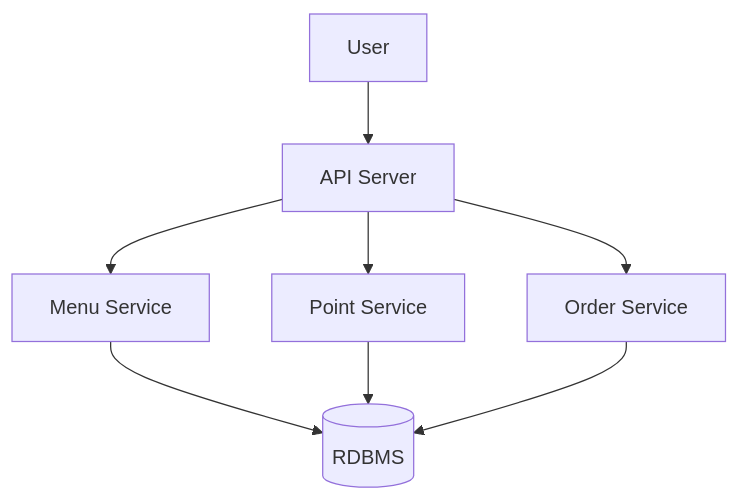
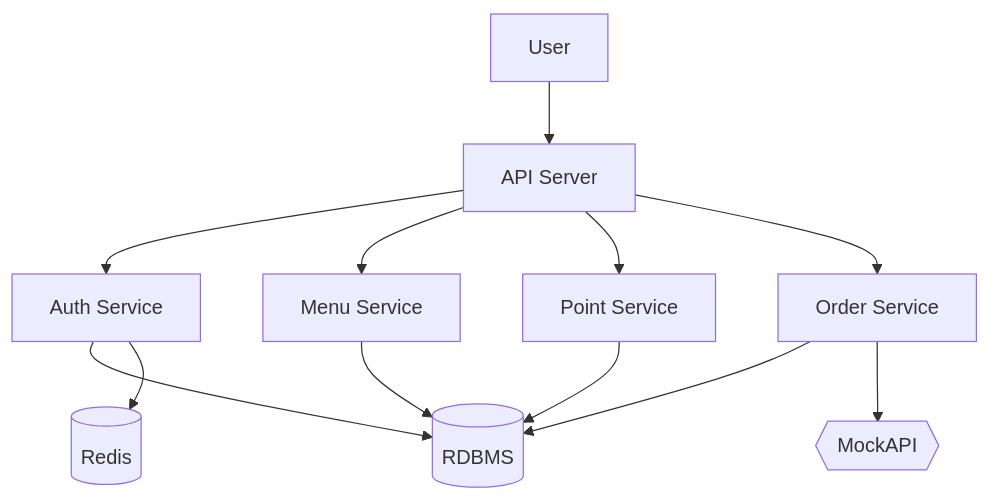
The first of 2 diagrams in docs/tech-spec.md (seho0808/nestjs-coffee-order), drawn with Mermaid before and after one commit. The commit also changed other lines of this file, not shown here.

````diff
--- a/docs/tech-spec.md
+++ b/docs/tech-spec.md
@@ -22,11 +23,14 @@
 ```mermaid
 graph TD
     User --> API[API Server]
+    API --> AS[Auth Service]
     API --> MS[Menu Service]
     API --> PS[Point Service]
     API --> OS[Order Service]
-    OS
+    AS --> DB[(RDBMS)]
+    AS --> Redis[(Redis)]
     MS --> DB[(RDBMS)]
     PS --> DB[(RDBMS)]
     OS --> DB[(RDBMS)]
+    OS --> MockAPI{{MockAPI}}
 ```
````
